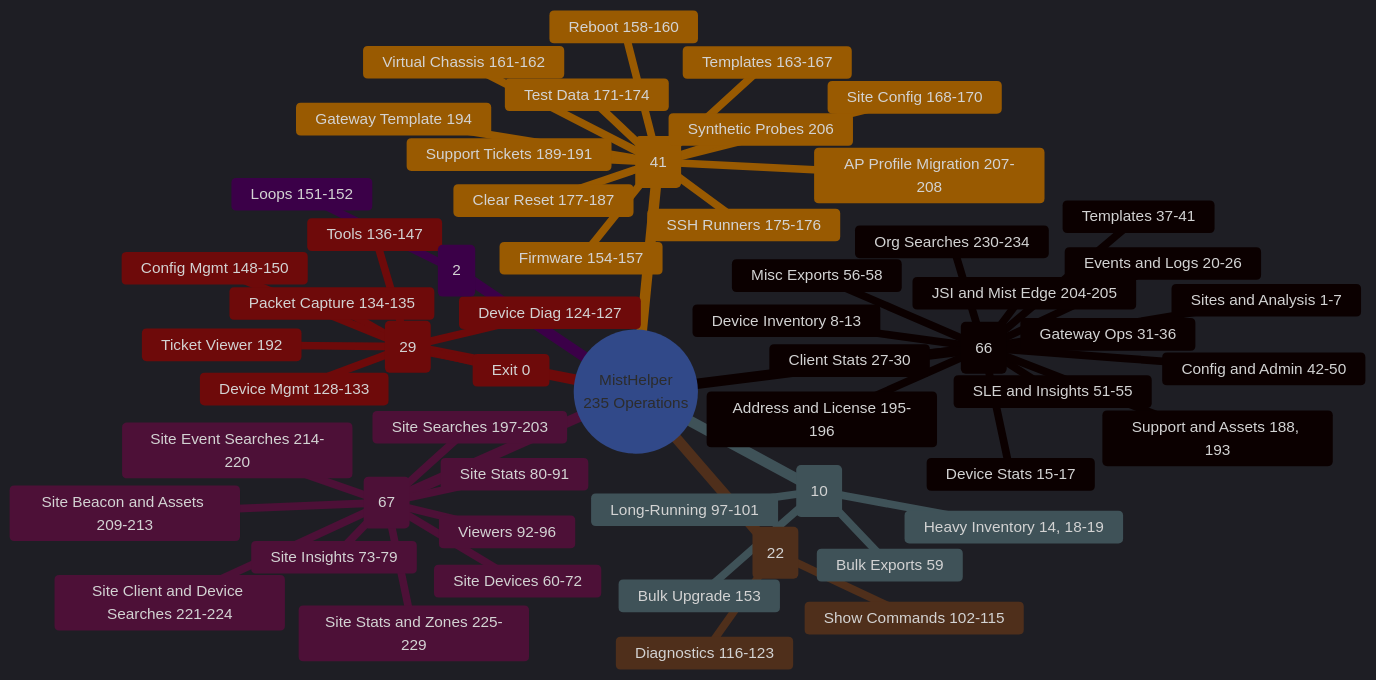
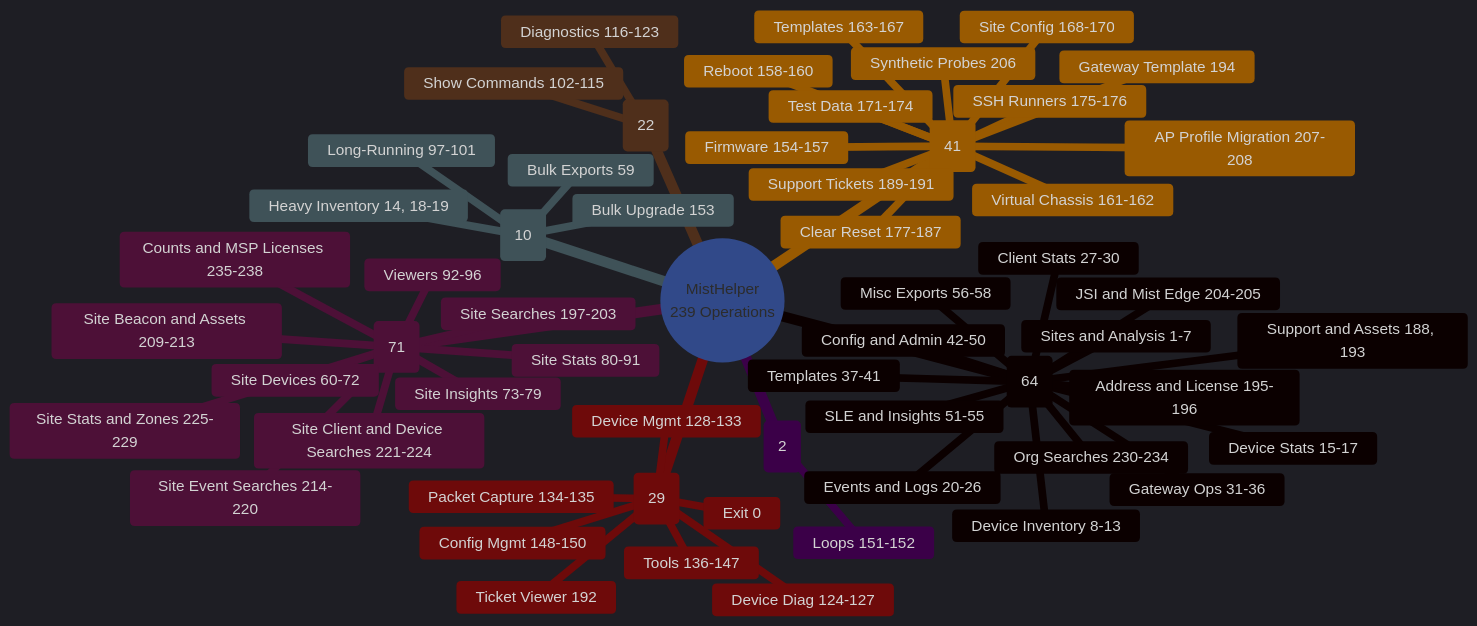
The second of 2 diagrams in README.md (jmorrison-juniper/MistHelper), drawn with Mermaid before and after one commit. The commit also changed other lines of this file and 13 other files, not shown here.

First line of the commit message:
feat(export): add menu 238 for listMspLicenses

````diff
--- a/README.md
+++ b/README.md
@@ -138,70 +138,71 @@
 ```mermaid
 %%{init: {'theme': 'dark', 'themeVariables': {
   'primaryColor': '#E20074',
   'primaryTextColor': '#E0E0E0',
   'primaryBorderColor': '#99004D',
   'lineColor': '#FF4DA6',
   'secondaryColor': '#16213E',
   'tertiaryColor': '#1A1A2E',
   'fontFamily': 'ui-monospace, monospace'
 }}}%%
 mindmap
-   root((MistHelper<br/>235 Operations))
-    Safe Org Exports (66)
+   root((MistHelper<br/>239 Operations))
+    Safe Org Exports (64)
       Sites and Analysis 1-7
       Device Inventory 8-13
       Device Stats 15-17
       Events and Logs 20-26
       Client Stats 27-30
       Gateway Ops 31-36
       Templates 37-41
       Config and Admin 42-50
       SLE and Insights 51-55
       Misc Exports 56-58
       Support and Assets 188, 193
       Address and License 195-196
       JSI and Mist Edge 204-205
       Org Searches 230-234
-    Interactive Safe (67)
+    Interactive Safe (71)
       Site Devices 60-72
       Site Insights 73-79
       Site Stats 80-91
       Viewers 92-96
       Site Searches 197-203
       Site Beacon and Assets 209-213
       Site Event Searches 214-220
       Site Client and Device Searches 221-224
       Site Stats and Zones 225-229
+      Counts and MSP Licenses 235-238
     Resource Intensive (10)
       Heavy Inventory 14, 18-19
       Bulk Exports 59
       Long-Running 97-101
       Bulk Upgrade 153
     WebSocket (22)
       Show Commands 102-115
       Diagnostics 116-123
     Interactive (29)
       Exit 0
       Device Diag 124-127
       Device Mgmt 128-133
       Packet Capture 134-135
       Tools 136-147
       Config Mgmt 148-150
       Ticket Viewer 192
     Continuous (2)
       Loops 151-152
     Destructive (41)
       ::icon(fa fa-warning)
       Firmware 154-157
       Reboot 158-160
       Virtual Chassis 161-162
       Templates 163-167
       Site Config 168-170
       Test Data 171-174
       SSH Runners 175-176
       Clear Reset 177-187
       Support Tickets 189-191
       Gateway Template 194
       Synthetic Probes 206
       AP Profile Migration 207-208
 ```
````
